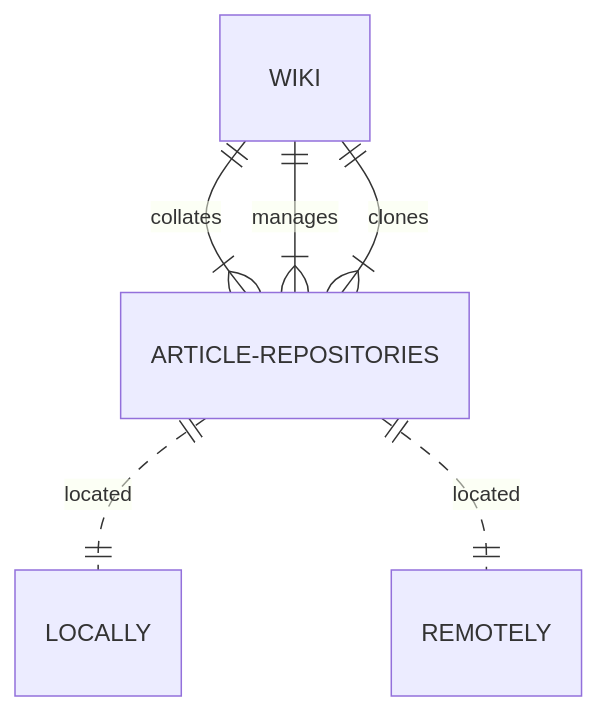
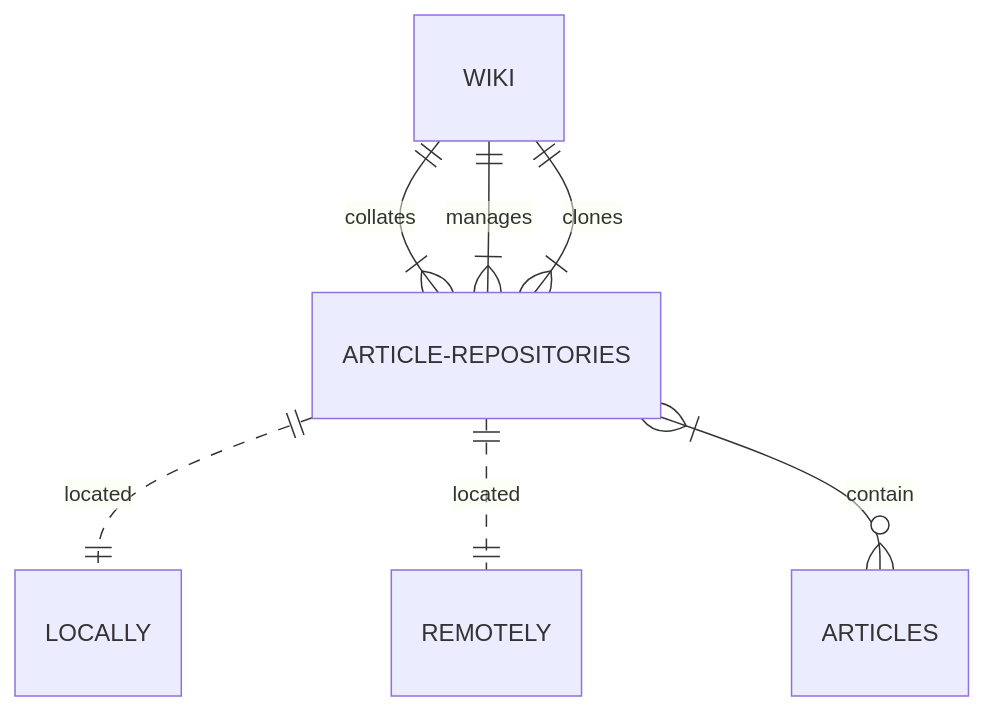
One commit to roughdrafts-xyz/Linki changed the second of 4 diagrams in sigili/README.md. Above: the diagram before and after it, drawn with Mermaid. The commit also changed other lines of this file, not shown here.

````diff
--- a/sigili/README.md
+++ b/sigili/README.md
@@ -22,8 +22,9 @@
 ```mermaid
 erDiagram
     WIKI ||--|{ ARTICLE-REPOSITORIES: collates
     WIKI ||--|{ ARTICLE-REPOSITORIES: manages
     WIKI ||--|{ ARTICLE-REPOSITORIES: clones
     ARTICLE-REPOSITORIES||..||LOCALLY: located
     ARTICLE-REPOSITORIES||..||REMOTELY: located
+    ARTICLE-REPOSITORIES}|--o{ARTICLES: contain
 ```
````
